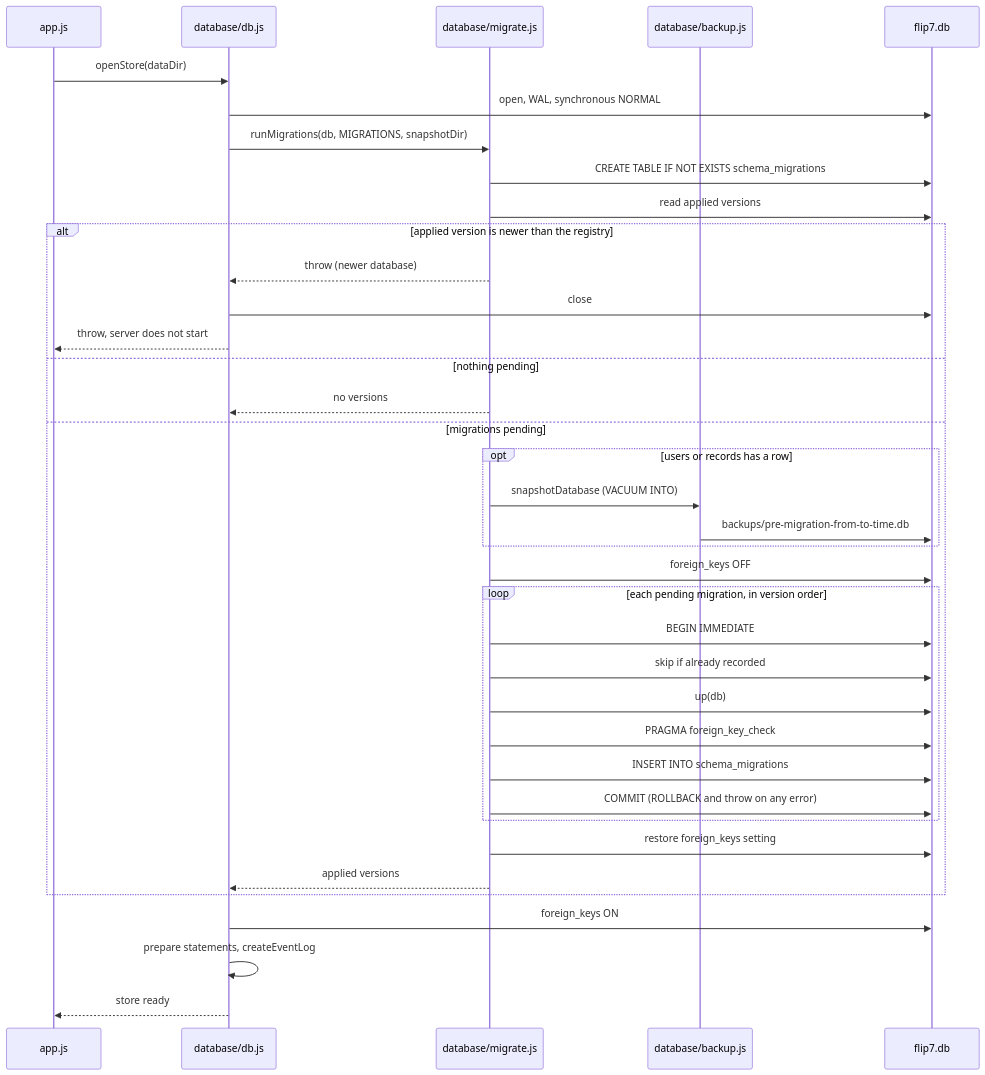
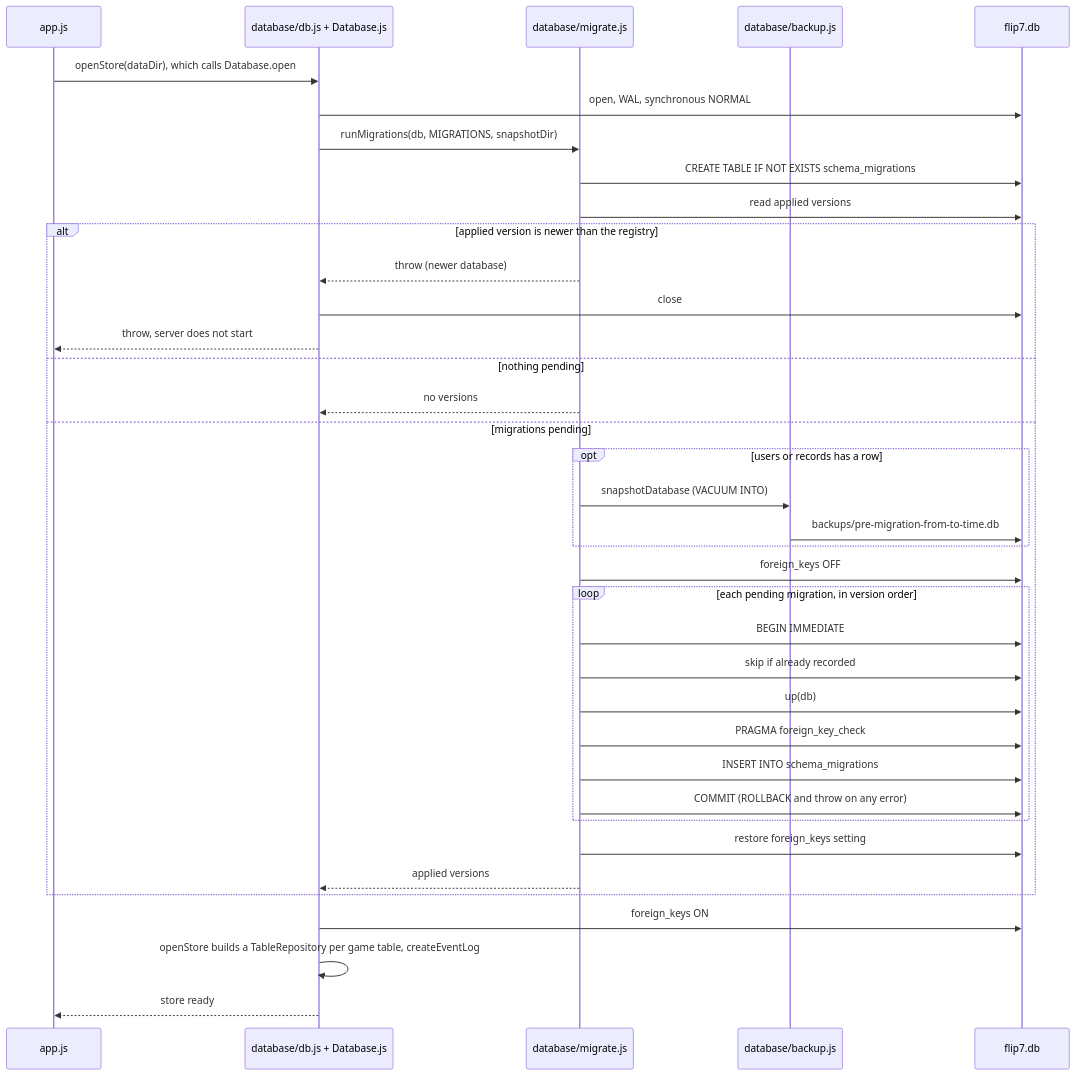
The third of 4 diagrams in docs/database.md (ruttyj/FlipShowdown), drawn with Mermaid before and after one commit. The commit also changed other lines of this file and 7 other files, not shown here.

First line of the commit message:
Add Database and TableRepository under the store

````diff
--- a/docs/database.md
+++ b/docs/database.md
@@ -244,40 +255,40 @@
 ```mermaid
 sequenceDiagram
     participant App as app.js
-    participant Db as database/db.js
+    participant Db as database/db.js + Database.js
     participant Runner as database/migrate.js
     participant Backup as database/backup.js
     participant File as flip7.db
 
-    App->>Db: openStore(dataDir)
+    App->>Db: openStore(dataDir), which calls Database.open
     Db->>File: open, WAL, synchronous NORMAL
     Db->>Runner: runMigrations(db, MIGRATIONS, snapshotDir)
     Runner->>File: CREATE TABLE IF NOT EXISTS schema_migrations
     Runner->>File: read applied versions
     alt applied version is newer than the registry
         Runner-->>Db: throw (newer database)
         Db->>File: close
         Db-->>App: throw, server does not start
     else nothing pending
         Runner-->>Db: no versions
     else migrations pending
         opt users or records has a row
             Runner->>Backup: snapshotDatabase (VACUUM INTO)
             Backup->>File: backups/pre-migration-from-to-time.db
         end
         Runner->>File: foreign_keys OFF
         loop each pending migration, in version order
             Runner->>File: BEGIN IMMEDIATE
             Runner->>File: skip if already recorded
             Runner->>File: up(db)
             Runner->>File: PRAGMA foreign_key_check
             Runner->>File: INSERT INTO schema_migrations
             Runner->>File: COMMIT (ROLLBACK and throw on any error)
         end
         Runner->>File: restore foreign_keys setting
         Runner-->>Db: applied versions
     end
     Db->>File: foreign_keys ON
-    Db->>Db: prepare statements, createEventLog
+    Db->>Db: openStore builds a TableRepository per game table, createEventLog
     Db-->>App: store ready
 ```
````
